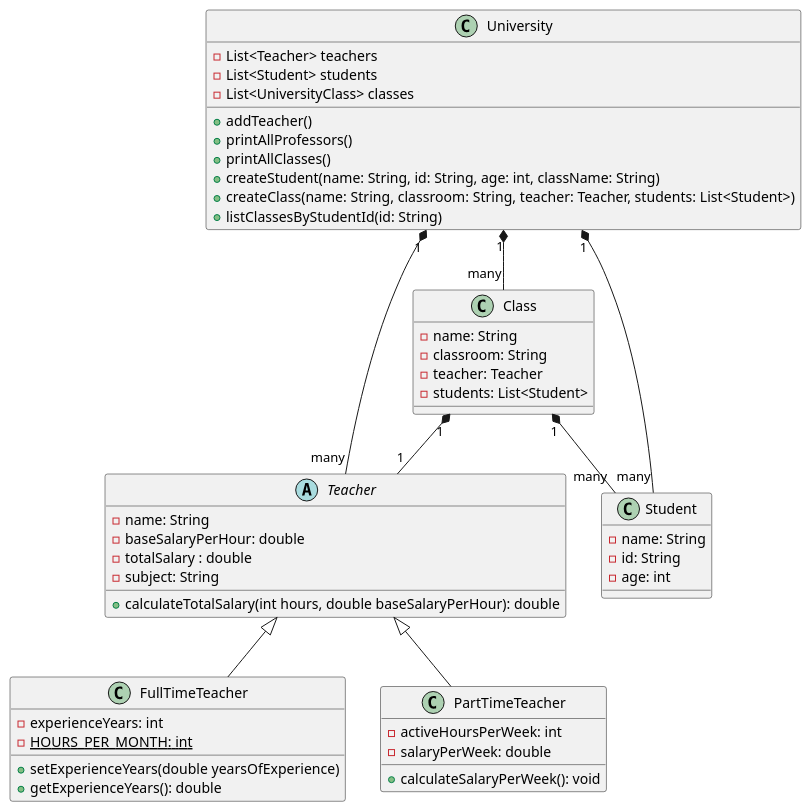
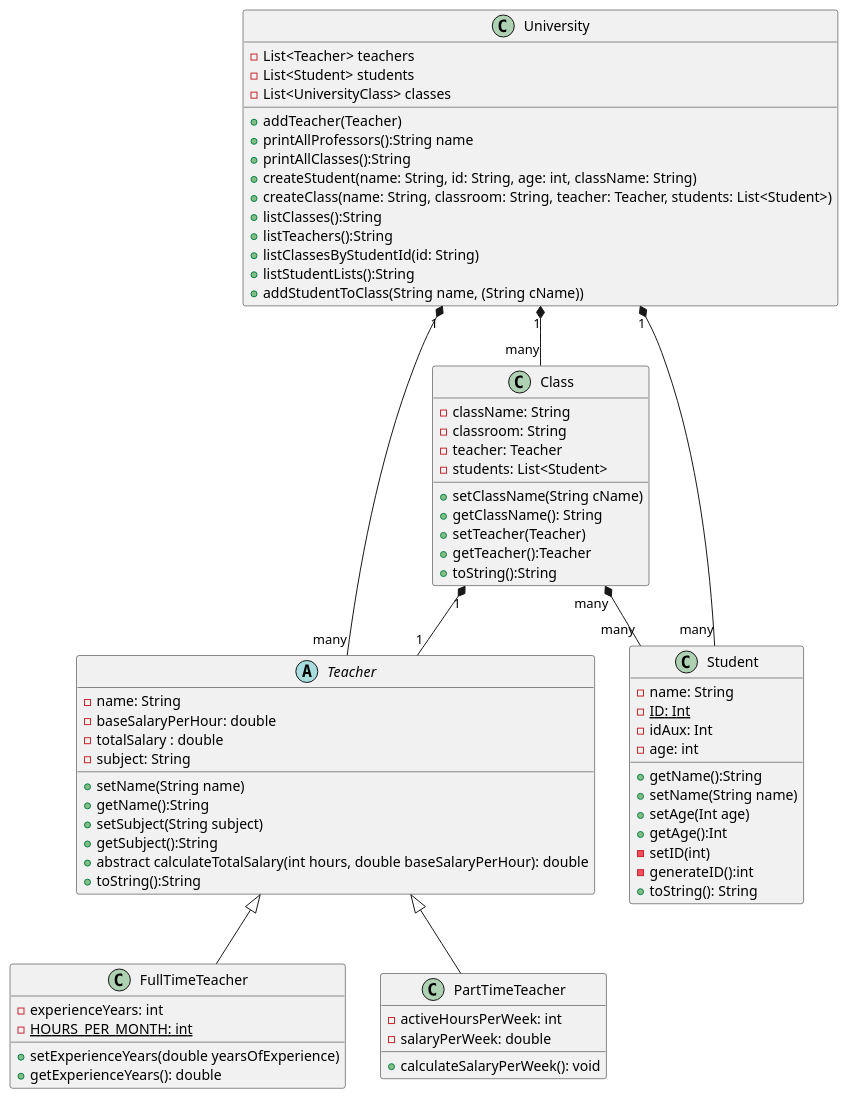
The diagram in tracking_university_classes/src/final_project.puml (Fajardo9/University_Final_Project), drawn with PlantUML before and after one commit. The commit also changed 8 other files, not shown here.

Commit message:
Add a HasMap to the University Class to save different student list and its respective functionalities.

```diff
--- a/tracking_university_classes/src/final_project.puml
+++ b/tracking_university_classes/src/final_project.puml
@@ -1,54 +1,77 @@
 @startuml
 class University {
     -List<Teacher> teachers
     -List<Student> students
     -List<UniversityClass> classes
-    +addTeacher()
-    +printAllProfessors()
-    +printAllClasses()
+    +addTeacher(Teacher)
+    +printAllProfessors():String name
+    +printAllClasses():String
     +createStudent(name: String, id: String, age: int, className: String)
     +createClass(name: String, classroom: String, teacher: Teacher, students: List<Student>)
+    +listClasses():String
+    +listTeachers():String
     +listClassesByStudentId(id: String)
+    +listStudentLists():String
+    +addStudentToClass(String name, (String cName))
+
 }
 
 abstract class Teacher {
     -name: String
     -baseSalaryPerHour: double
     -totalSalary : double
     -subject: String
-    +calculateTotalSalary(int hours, double baseSalaryPerHour): double
+    +setName(String name)
+    +getName():String
+    +setSubject(String subject)
+    +getSubject():String
+    +abstract calculateTotalSalary(int hours, double baseSalaryPerHour): double
+    +toString():String
 
 }
 
 class FullTimeTeacher extends Teacher {
     -experienceYears: int
     -{static} HOURS_PER_MONTH: int
     +setExperienceYears(double yearsOfExperience)
     +getExperienceYears(): double
 }
 
 class PartTimeTeacher extends Teacher {
     -activeHoursPerWeek: int
     -salaryPerWeek: double
     +calculateSalaryPerWeek(): void
 }
 
 class Student {
     -name: String
-    -id: String
+    -{Static}ID: Int
+    -idAux: Int
     -age: int
+    +getName():String
+    +setName(String name)
+    +setAge(Int age)
+    +getAge():Int
+    -setID(int)
+    -generateID():int
+    +toString(): String
 }
 
 class Class {
-    -name: String
+    -className: String
     -classroom: String
     -teacher: Teacher
     -students: List<Student>
+    +setClassName(String cName)
+    +getClassName(): String
+    +setTeacher(Teacher)
+    +getTeacher():Teacher
+    +toString():String
 }
 
 University "1" *-- "many" Teacher
 University "1" *-- "many" Student
 University "1" *-- "many" Class
 Class "1" *-- "1" Teacher
-Class "1" *-- "many" Student
+Class "many" *-- "many" Student
 @enduml
```
